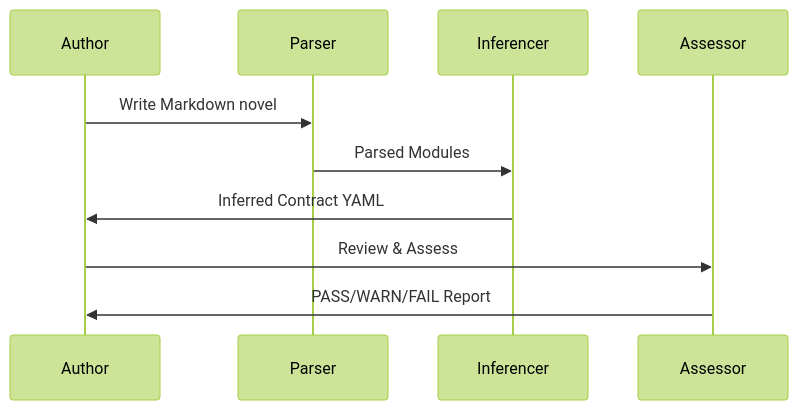
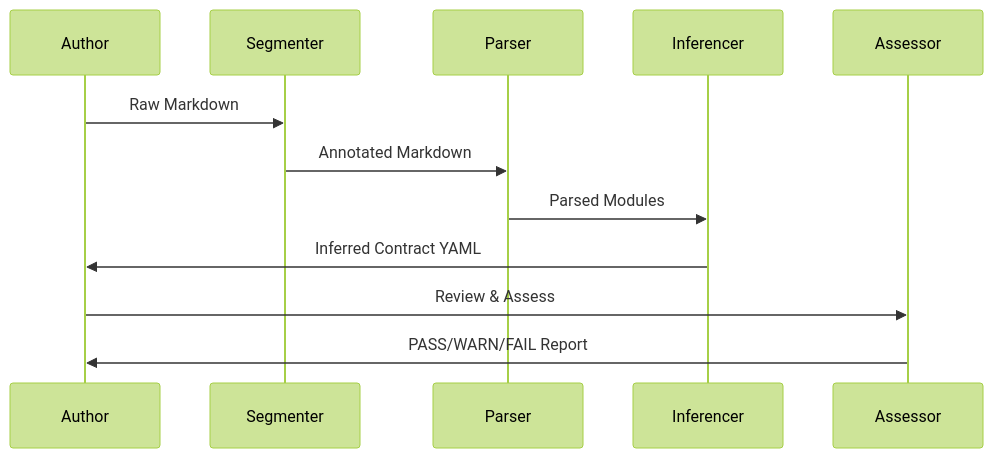
The fifth of 5 diagrams in docs/software-design.md (mattbriggs/novel_testbed_app), drawn with Mermaid (forest theme) before and after one commit. The commit also changed other lines of this file and 29 other files, not shown here.

````diff
--- a/docs/software-design.md
+++ b/docs/software-design.md
@@ -259,13 +166,15 @@
 ```mermaid
 sequenceDiagram
     participant Author
+    participant Segmenter
     participant Parser
     participant Inferencer
     participant Assessor
 
-    Author->>Parser: Write Markdown novel
+    Author->>Segmenter: Raw Markdown
+    Segmenter->>Parser: Annotated Markdown
     Parser->>Inferencer: Parsed Modules
     Inferencer->>Author: Inferred Contract YAML
     Author->>Assessor: Review & Assess
     Assessor->>Author: PASS/WARN/FAIL Report
 ```
````
